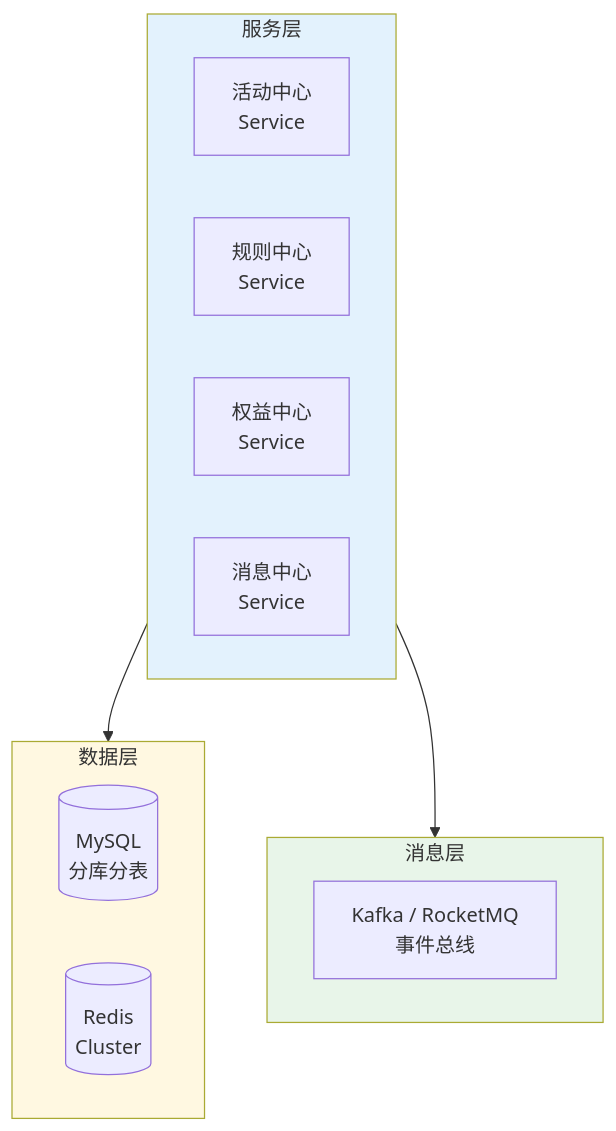
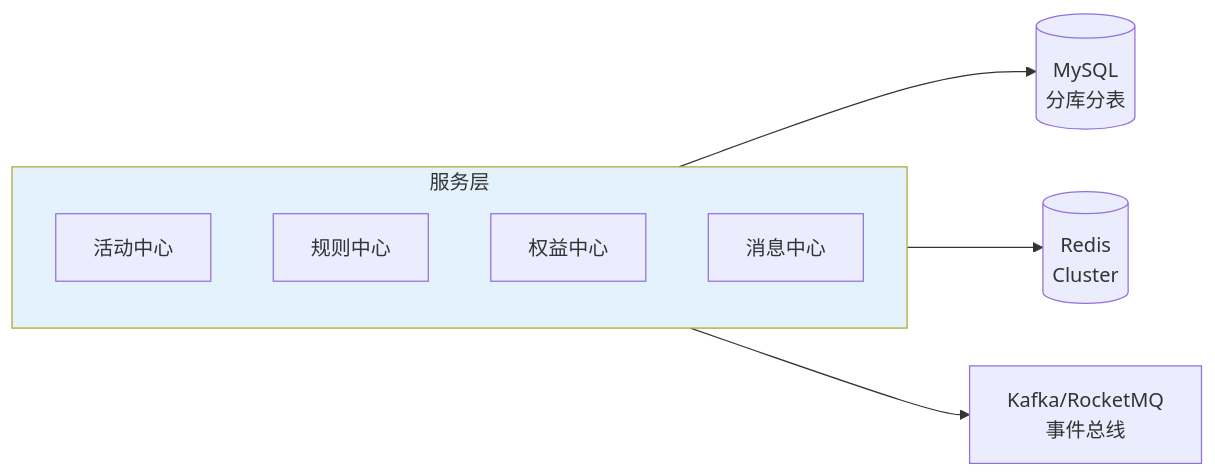
One commit to zhangqian-silk/cs-note changed the sixth of 7 diagrams in system_design/marketing/marketing_system.md. Above: the diagram before and after it, drawn with Mermaid. The commit also changed other lines of this file, not shown here.

Commit message:
docs: 优化 Mermaid 图表布局，改为横向布局

````diff
--- a/system_design/marketing/marketing_system.md
+++ b/system_design/marketing/marketing_system.md
@@ -553,25 +530,15 @@
 ```mermaid
-flowchart TB
+flowchart LR
     subgraph 服务层[服务层]
-        S1[活动中心<br/>Service]
-        S2[规则中心<br/>Service]
-        S3[权益中心<br/>Service]
-        S4[消息中心<br/>Service]
+        S1[活动中心]
+        S2[规则中心]
+        S3[权益中心]
+        S4[消息中心]
     end
     
-    subgraph 数据层[数据层]
-        D1[(MySQL<br/>分库分表)]
-        D2[(Redis<br/>Cluster)]
-    end
-    
-    subgraph 消息层[消息层]
-        M1[Kafka / RocketMQ<br/>事件总线]
-    end
-    
-    服务层 --> 数据层
-    服务层 --> 消息层
+    服务层 --> D1[(MySQL<br/>分库分表)]
+    服务层 --> D2[(Redis<br/>Cluster)]
+    服务层 --> M1[Kafka/RocketMQ<br/>事件总线]
     
     style 服务层 fill:#e3f2fd
-    style 数据层 fill:#fff8e1
-    style 消息层 fill:#e8f5e9
 ```
````
